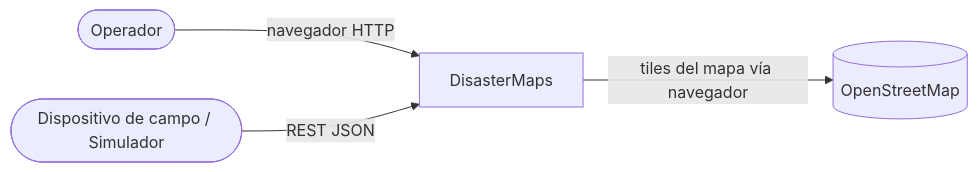
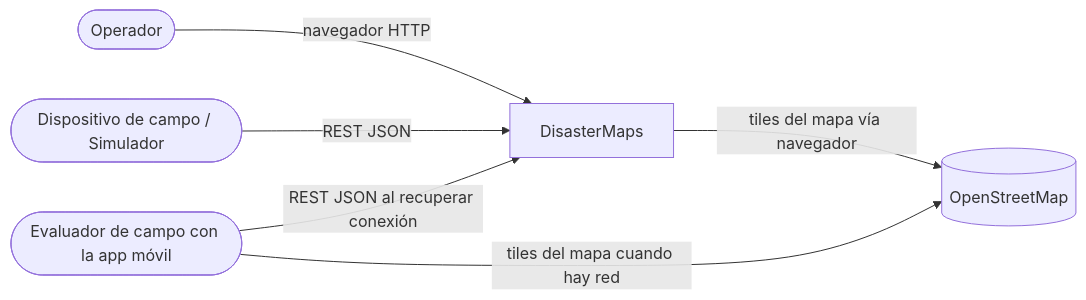
Before and after one commit to andreMD287/TallerNetCore: the first of 12 diagrams in docs/ARQUITECTURA.md, drawn with Mermaid. The commit also changed other lines of this file and 95 other files, not shown here.

````diff
--- a/docs/ARQUITECTURA.md
+++ b/docs/ARQUITECTURA.md
@@ -20,6 +21,8 @@
 ```mermaid
 flowchart LR
   OP([Operador]) -- navegador HTTP --> SYS[DisasterMaps]
   DEV([Dispositivo de campo / Simulador]) -- REST JSON --> SYS
+  APP([Evaluador de campo con la app móvil]) -- REST JSON al recuperar conexión --> SYS
   SYS -- tiles del mapa vía navegador --> OSM[(OpenStreetMap)]
+  APP -- tiles del mapa cuando hay red --> OSM
 ```
````
